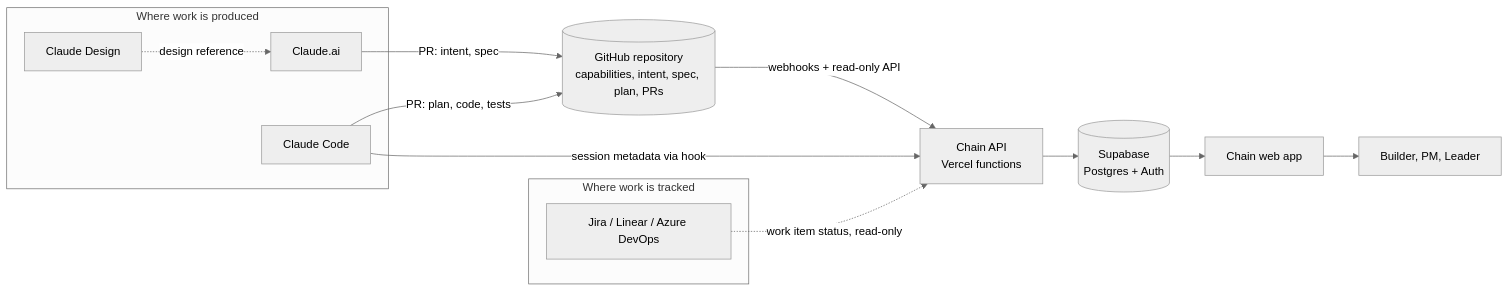
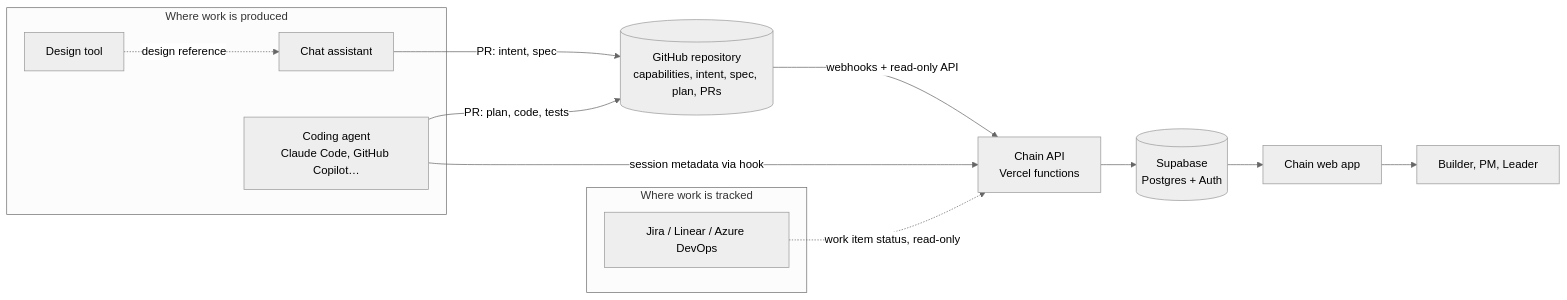
The first of 2 diagrams in docs/architecture.md (netskyf-cell/chain), drawn with Mermaid (neutral theme) before and after one commit. The commit also changed other lines of this file and 16 other files, not shown here.

First line of the commit message:
Make Chain agent-neutral: any coding agent, interface or model

````diff
--- a/docs/architecture.md
+++ b/docs/architecture.md
@@ -15,21 +15,21 @@
 ```mermaid
 flowchart LR
   subgraph produce["Where work is produced"]
-    CD["Claude Design"]
-    CAI["Claude.ai"]
-    CC["Claude Code"]
+    CD["Design tool"]
+    CAI["Chat assistant"]
+    CC["Coding agent<br/>Claude Code, GitHub Copilot…"]
   end
   subgraph track["Where work is tracked"]
     PM["Jira / Linear / Azure DevOps"]
   end
   GH[("GitHub repository<br/>capabilities, intent, spec, plan, PRs")]
   CD -. "design reference" .-> CAI
   CAI -- "PR: intent, spec" --> GH
   CC -- "PR: plan, code, tests" --> GH
   GH -- "webhooks + read-only API" --> API["Chain API<br/>Vercel functions"]
   CC -- "session metadata via hook" --> API
   PM -. "work item status, read-only" .-> API
   API --> DB[("Supabase<br/>Postgres + Auth")]
   DB --> UI["Chain web app"]
   UI --> USERS["Builder, PM, Leader"]
 ```
````
